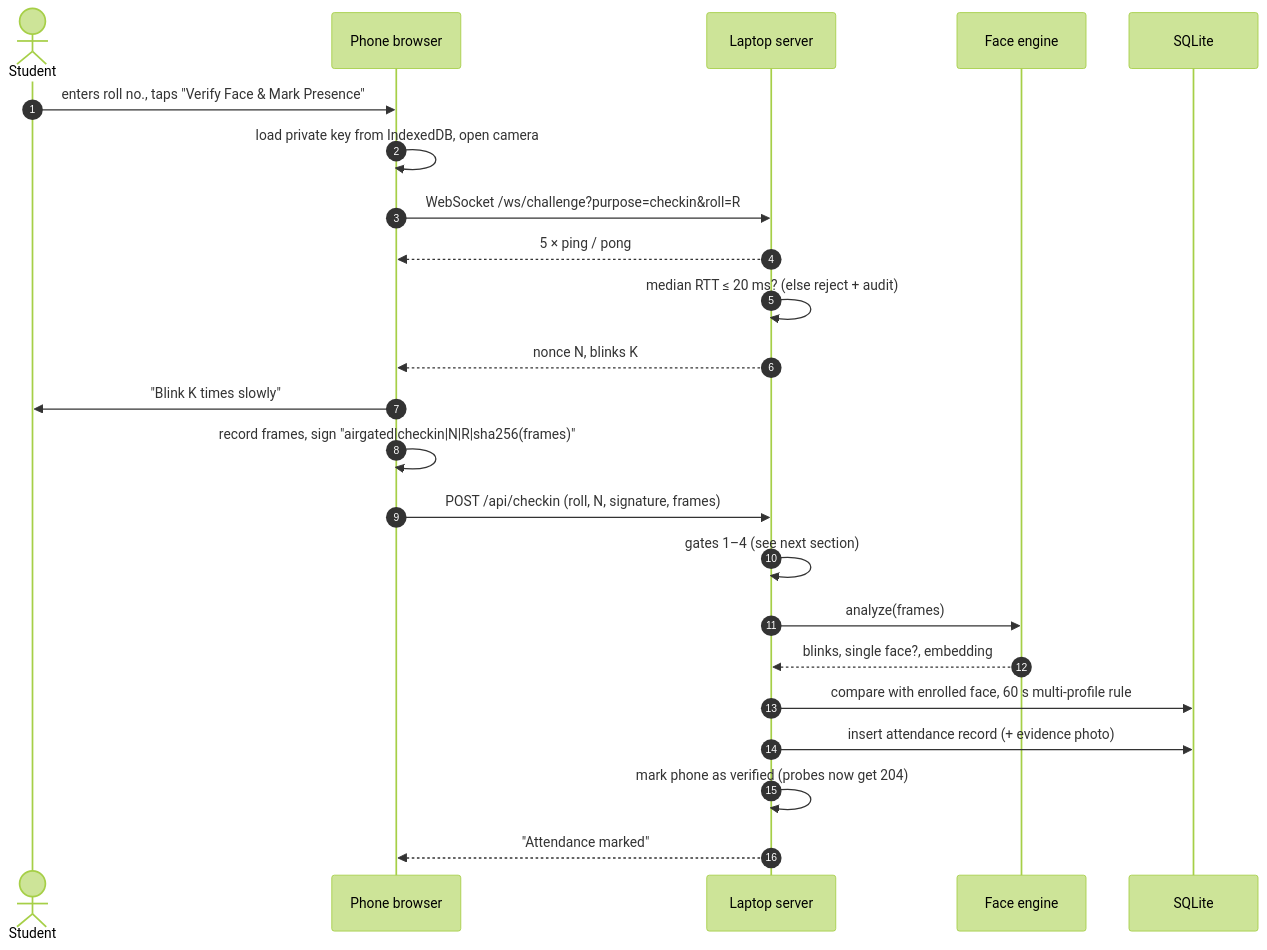
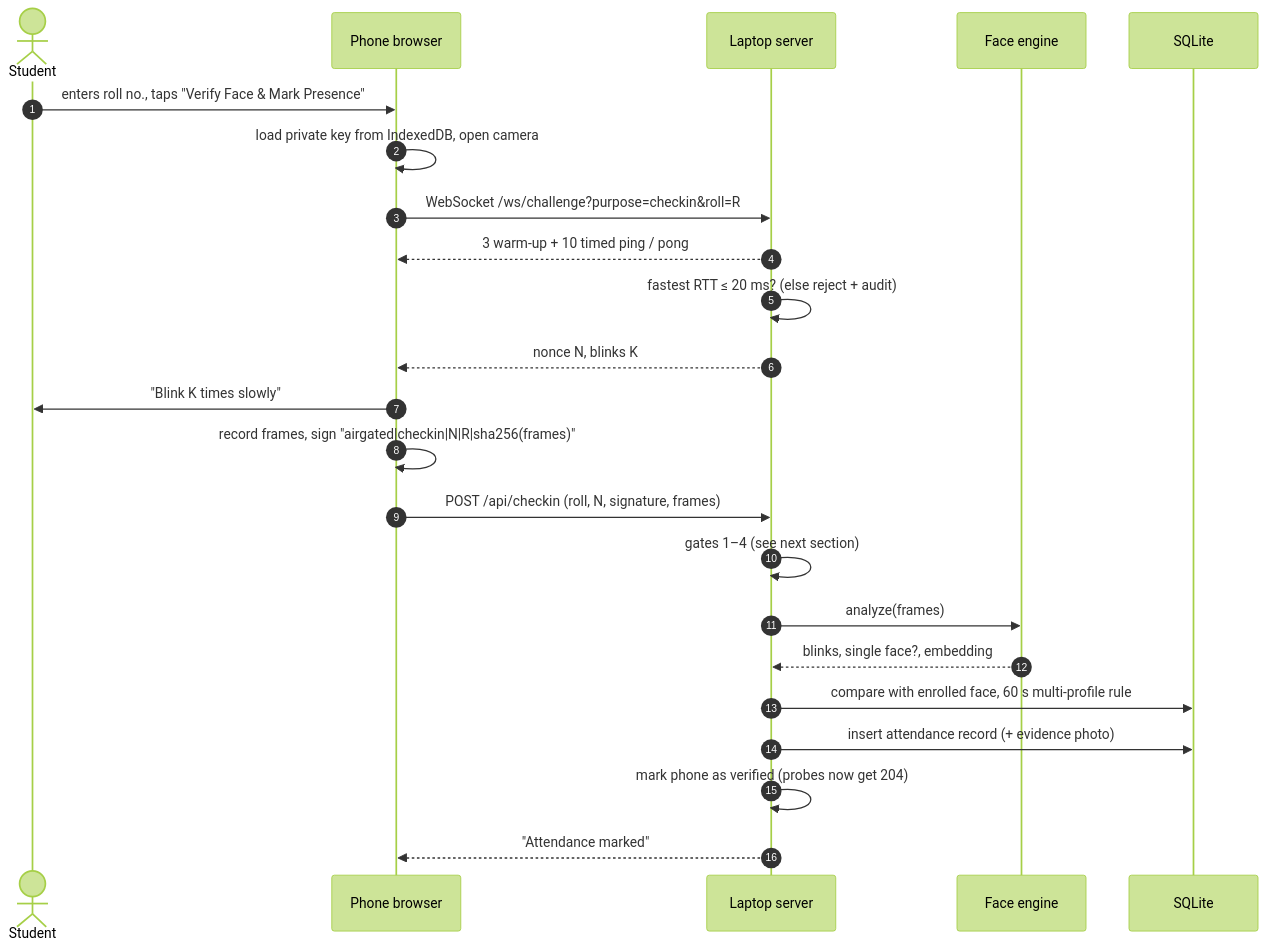
Before and after one commit to unexperiencedone/airgated-: the fifth of 10 diagrams in README.md, drawn with Mermaid (forest theme). The commit also changed other lines of this file and 2 other files, not shown here.

````diff
--- a/README.md
+++ b/README.md
@@ -174,26 +174,26 @@
 ```mermaid
 sequenceDiagram
     autonumber
     actor S as Student
     participant B as Phone browser
     participant SV as Laptop server
     participant FE as Face engine
     participant DB as SQLite
 
     S->>B: enters roll no., taps "Verify Face & Mark Presence"
     B->>B: load private key from IndexedDB, open camera
     B->>SV: WebSocket /ws/challenge?purpose=checkin&roll=R
-    SV-->>B: 5 × ping / pong
-    SV->>SV: median RTT ≤ 20 ms? (else reject + audit)
+    SV-->>B: 3 warm-up + 10 timed ping / pong
+    SV->>SV: fastest RTT ≤ 20 ms? (else reject + audit)
     SV-->>B: nonce N, blinks K
     B->>S: "Blink K times slowly"
     B->>B: record frames, sign "airgated|checkin|N|R|sha256(frames)"
     B->>SV: POST /api/checkin (roll, N, signature, frames)
     SV->>SV: gates 1–4 (see next section)
     SV->>FE: analyze(frames)
     FE-->>SV: blinks, single face?, embedding
     SV->>DB: compare with enrolled face, 60 s multi-profile rule
     SV->>DB: insert attendance record (+ evidence photo)
     SV->>SV: mark phone as verified (probes now get 204)
     SV-->>B: "Attendance marked"
 ```
````
